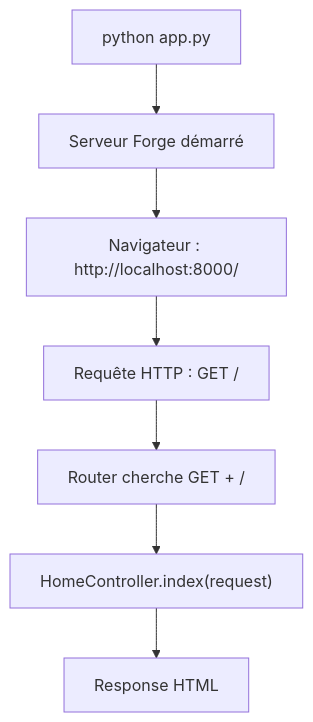
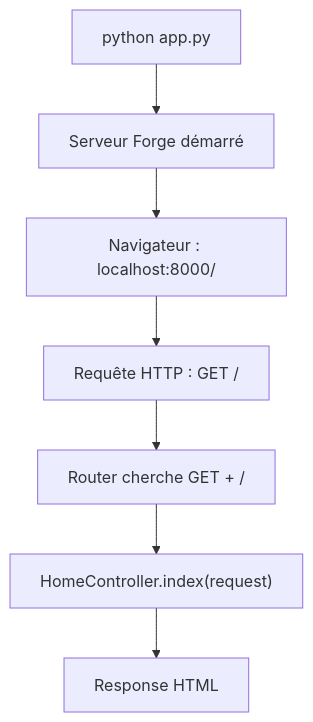
One commit to caucrogeGit/Forge changed the fourth of 6 diagrams in docs/starters/welcome/index.md. Above: the diagram before and after it, drawn with Mermaid. The commit also changed other lines of this file and 1 other file, not shown here.

````diff
--- a/docs/starters/welcome/index.md
+++ b/docs/starters/welcome/index.md
@@ -110,9 +119,9 @@
 ```mermaid
 flowchart TD
     A["python app.py"] --> B["Serveur Forge démarré"]
-    B --> C["Navigateur : http://localhost:8000/"]
+    B --> C["Navigateur : localhost:8000/"]
     C --> D["Requête HTTP : GET /"]
     D --> E["Router cherche GET + /"]
     E --> F["HomeController.index(request)"]
     F --> G["Response HTML"]
 ```
````
